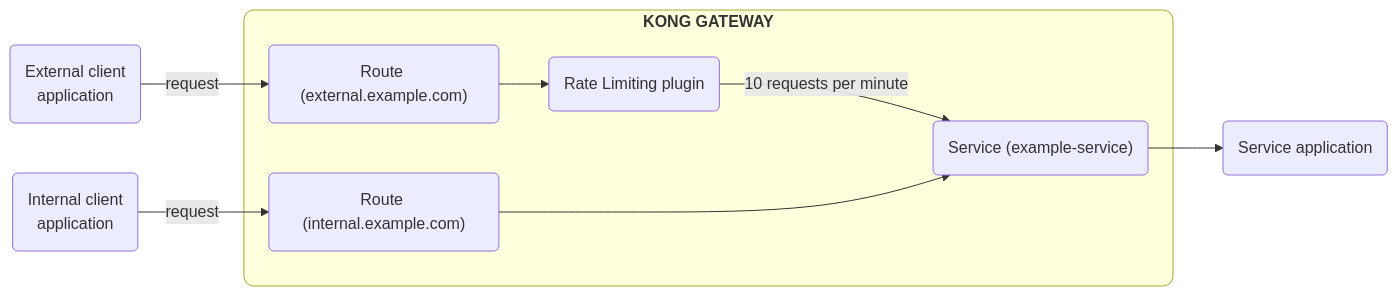
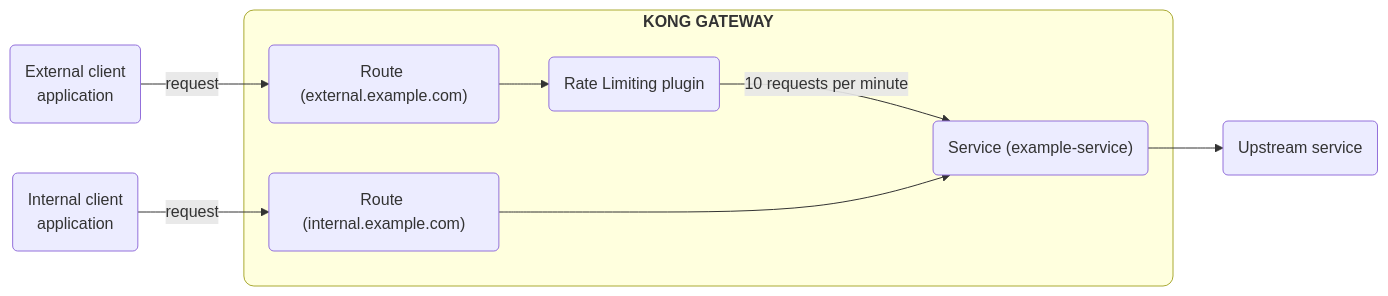
One commit to Kong/developer.konghq.com changed the diagram in app/_gateway_entities/route.md. Above: the diagram before and after it, drawn with Mermaid. The commit also changed other lines of this file and 88 other files, not shown here.

```diff
--- a/app/_gateway_entities/route.md
+++ b/app/_gateway_entities/route.md
@@ -83,26 +83,26 @@
 {% mermaid %}
 flowchart LR
   A(External client
   application)
   B("`Route (external.example.com)`")
   B2(Rate Limiting plugin)
   C("`Service (example-service)`")
-  D(Service application)
+  D(Upstream service)
   E(Internal client 
   application)
   F("`Route (internal.example.com)`")
 
   A --request--> B
   E --request--> F
 
   subgraph id1 ["`
   **KONG GATEWAY**`"]
     B --> B2 --"10 requests per minute"--> C
     F ---> C
   end
 
   C --> D
 
   style id1 rx:10,ry:10
 
 {% endmermaid %}
```
